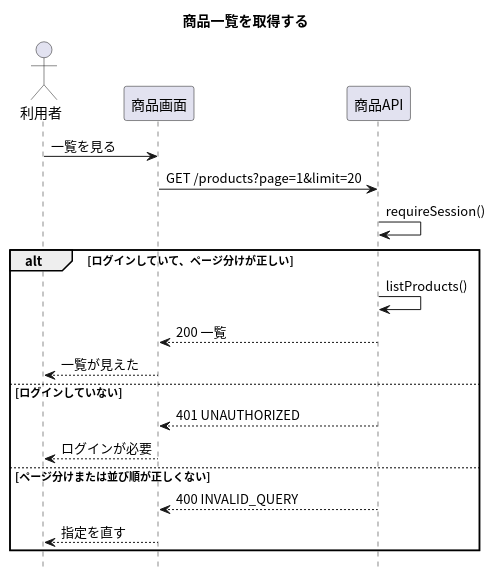
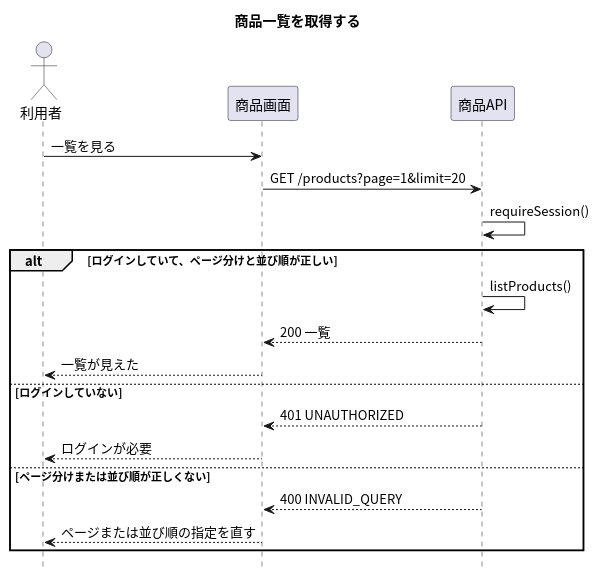
The diagram in apis/list-products/入口.puml (masamasamasato/design-doc-template), drawn with PlantUML before and after one commit. The commit also changed 109 other files, not shown here.

```diff
--- a/apis/list-products/入口.puml
+++ b/apis/list-products/入口.puml
@@ -1,27 +1,27 @@
 @startuml
 skinparam shadowing false
 skinparam defaultFontName "Noto Sans CJK JP"
 skinparam SequenceFontName "Noto Sans CJK JP"
 hide footbox
 
 title 商品一覧を取得する
 
 actor "利用者" as User
 participant "商品画面" as Screen
 participant "商品API" as API
 
 User -> Screen : 一覧を見る
 Screen -> API : GET /products?page=1&limit=20
 API -> API : requireSession()
-alt ログインしていて、ページ分けが正しい
+alt ログインしていて、ページ分けと並び順が正しい
   API -> API : listProducts()
   API --> Screen : 200 一覧
   Screen --> User : 一覧が見えた
 else ログインしていない
   API --> Screen : 401 UNAUTHORIZED
   Screen --> User : ログインが必要
 else ページ分けまたは並び順が正しくない
   API --> Screen : 400 INVALID_QUERY
-  Screen --> User : 指定を直す
+  Screen --> User : ページまたは並び順の指定を直す
 end
 @enduml
```
